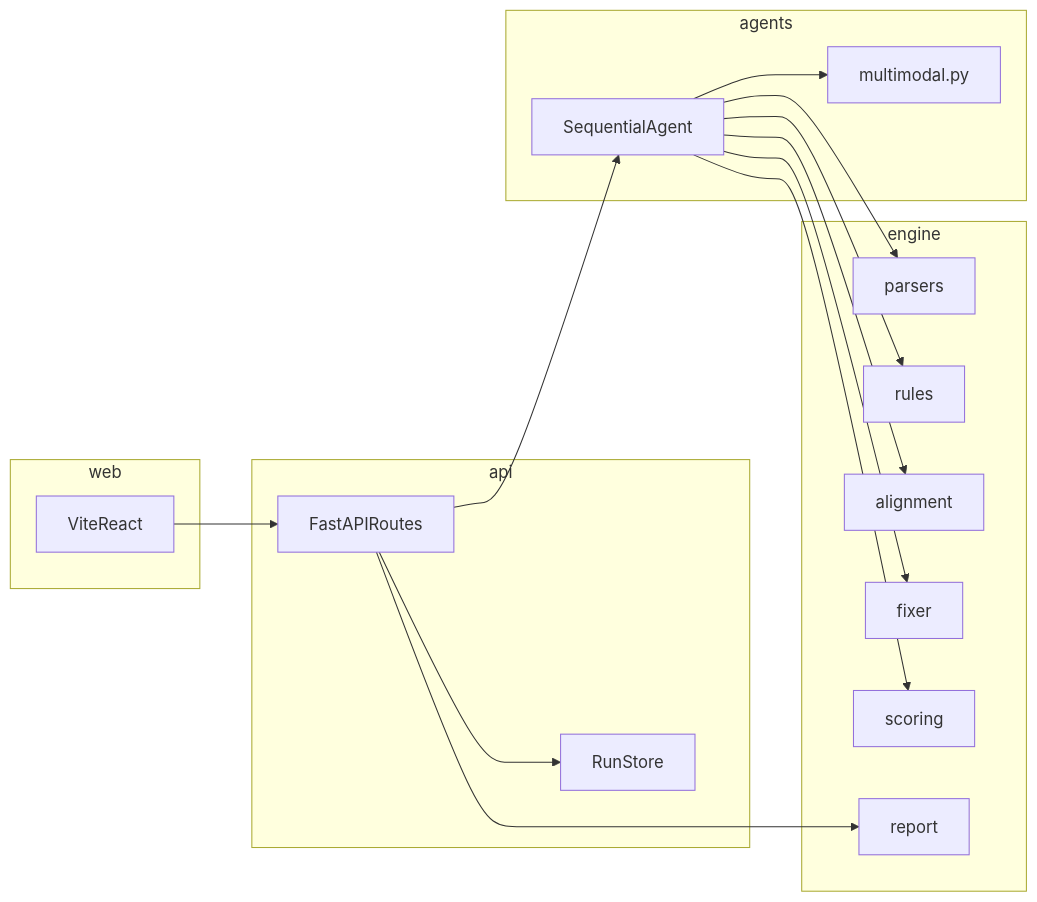
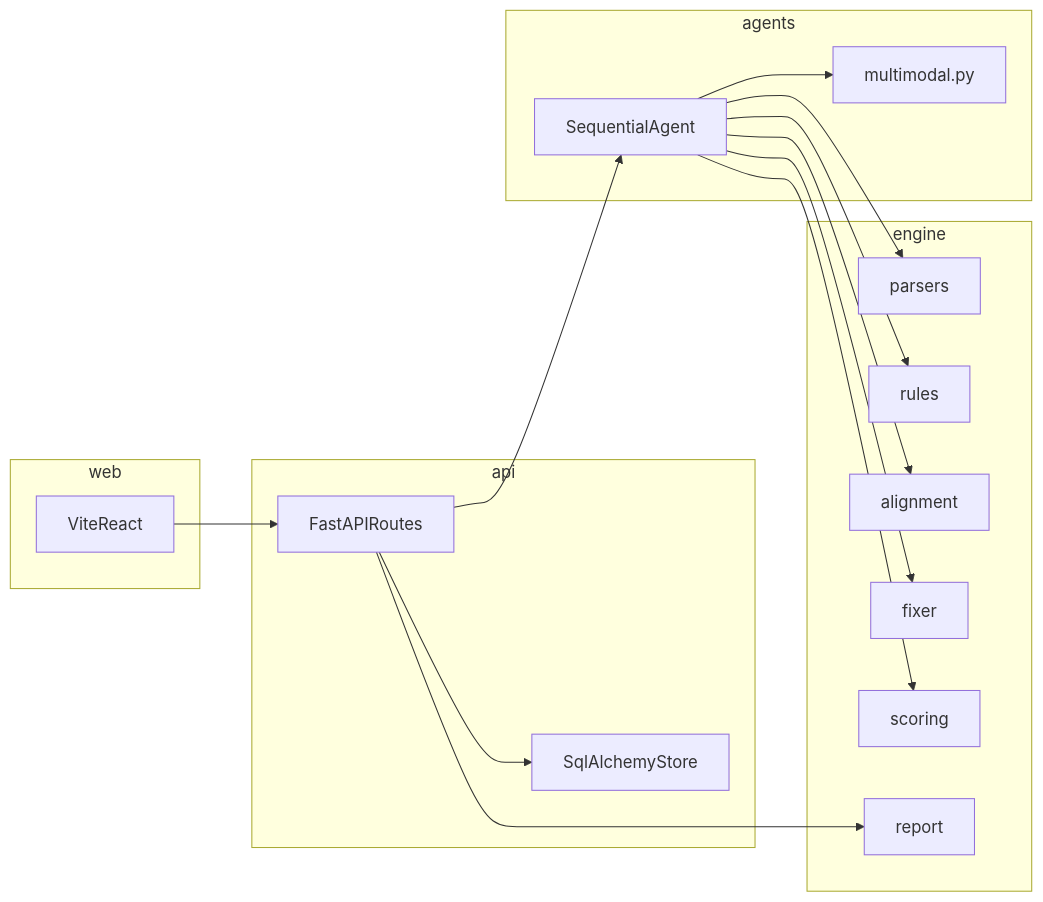
Before and after one commit to Abhinav0905/Google_All_Agentic_Cinema: the second of 2 diagrams in docs/ARCHITECTURE.md, drawn with Mermaid. The commit also changed other lines of this file and 19 other files, not shown here.

````diff
--- a/docs/ARCHITECTURE.md
+++ b/docs/ARCHITECTURE.md
@@ -36,32 +36,32 @@
 ```mermaid
 flowchart LR
   subgraph ui [web]
     spaNode[ViteReact]
   end
   subgraph http [api]
     routes[FastAPIRoutes]
-    mem[RunStore]
+    mem[SqlAlchemyStore]
   end
   subgraph adk [agents]
     seq[SequentialAgent]
     mm[multimodal.py]
   end
   subgraph core [engine]
     parsers[parsers]
     rulesEng[rules]
     alignEng[alignment]
     fixer[fixer]
     scoring[scoring]
     report[report]
   end
   spaNode --> routes
   routes --> mem
   routes --> seq
   seq --> mm
   seq --> parsers
   seq --> rulesEng
   seq --> alignEng
   seq --> fixer
   seq --> scoring
   routes --> report
 ```
````
